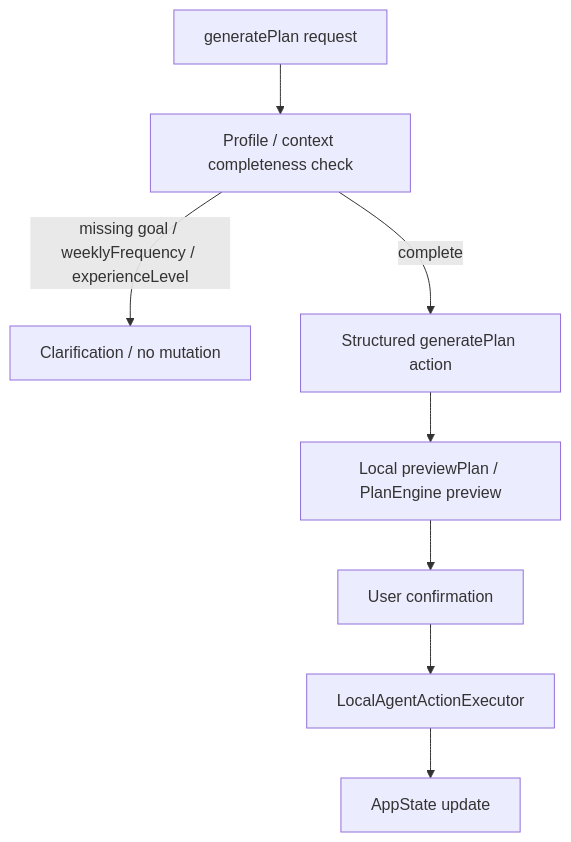
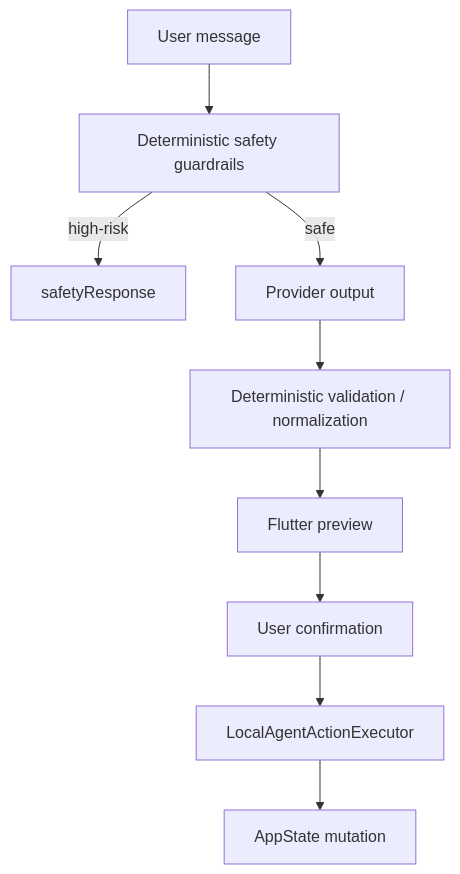
The second of 2 diagrams in docs/agent_architecture_diagram.md (JassonG-xt/Fit_Forge), drawn with Mermaid before and after one commit. The commit also changed other lines of this file and 11 other files, not shown here.

First line of the commit message:
docs(agent): document orchestration evals and demo flow

````diff
--- a/docs/agent_architecture_diagram.md
+++ b/docs/agent_architecture_diagram.md
@@ -159,10 +48,11 @@
 ```mermaid
 flowchart TD
-    USER[generatePlan request] --> CTX[Profile / context completeness check]
-    CTX -->|missing goal / weeklyFrequency / experienceLevel| ASK[Clarification / no mutation]
-    CTX -->|complete| ACTION[Structured generatePlan action]
-    ACTION --> PREVIEW[Local previewPlan / PlanEngine preview]
+    MSG[User message] --> SAFE[Deterministic safety guardrails]
+    SAFE -->|high-risk| STOP[safetyResponse]
+    SAFE -->|safe| PROVIDER[Provider output]
+    PROVIDER --> VALIDATE[Deterministic validation / normalization]
+    VALIDATE --> PREVIEW[Flutter preview]
     PREVIEW --> CONFIRM[User confirmation]
     CONFIRM --> EXEC[LocalAgentActionExecutor]
-    EXEC --> APP[AppState update]
+    EXEC --> APP[AppState mutation]
 ```
````
